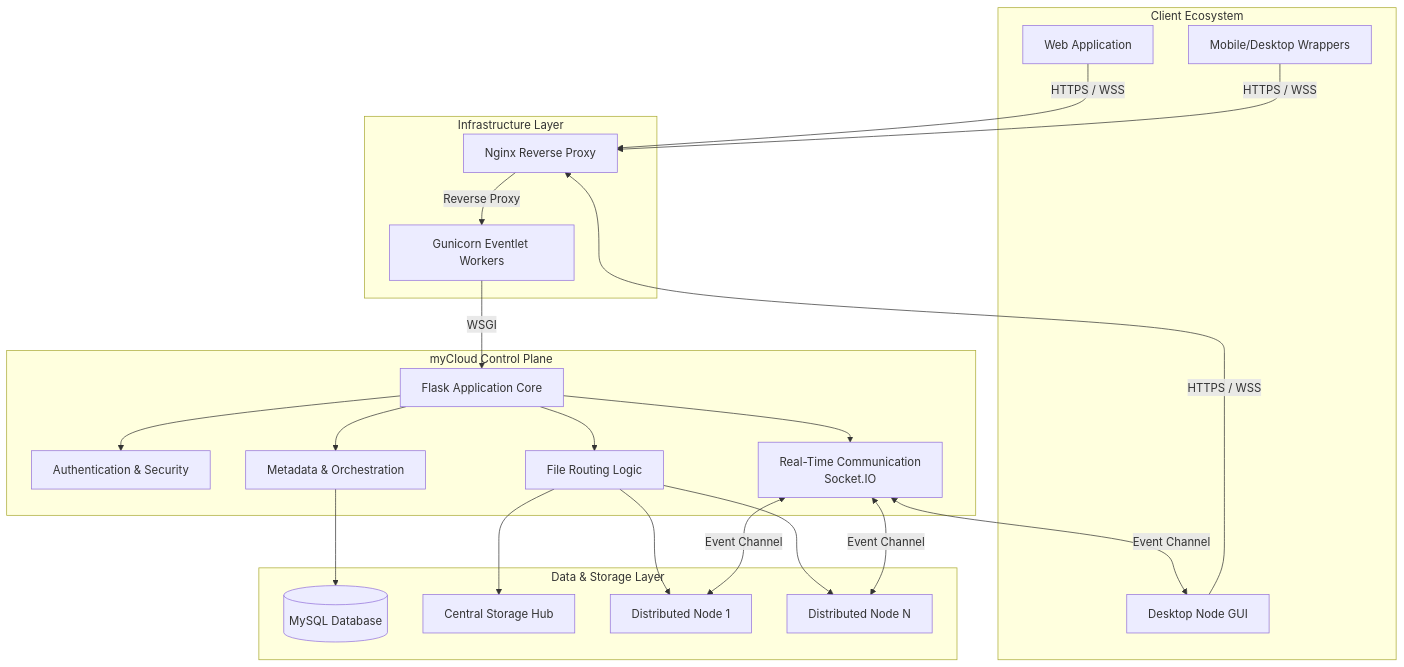
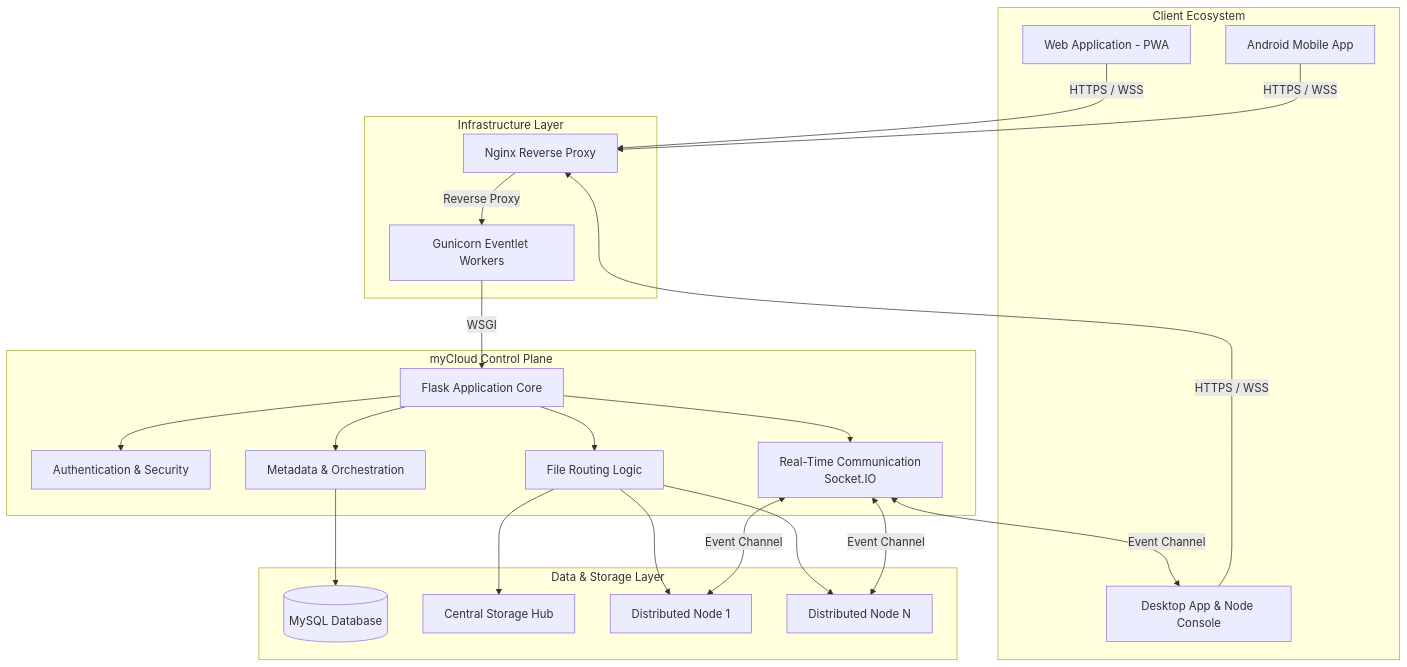
The diagram in README.md (rudy-07/myCloud-public), drawn with Mermaid before and after one commit. The commit also changed other lines of this file, not shown here.

Commit message:
docs: align ecosystem claims with desktop Electron/Node apps, Android APK, and PyPI tools

````diff
--- a/README.md
+++ b/README.md
@@ -73,49 +73,49 @@
 ```mermaid
 graph TD
     subgraph "Client Ecosystem"
-        W[Web Application]
-        D[Desktop Node GUI]
-        M[Mobile/Desktop Wrappers]
+        W[Web Application - PWA]
+        D[Desktop App & Node Console]
+        M[Android Mobile App]
     end
 
     subgraph "Infrastructure Layer"
         RP[Nginx Reverse Proxy]
         G[Gunicorn Eventlet Workers]
     end
 
     subgraph "myCloud Control Plane"
         C[Flask Application Core]
         Auth[Authentication & Security]
         Meta[Metadata & Orchestration]
         File[File Routing Logic]
         RT[Real-Time Communication<br/>Socket.IO]
     end
 
     subgraph "Data & Storage Layer"
         DB[(MySQL Database)]
         SN1[Central Storage Hub]
         SN2[Distributed Node 1]
         SNN[Distributed Node N]
     end
 
     W -->|HTTPS / WSS| RP
     D -->|HTTPS / WSS| RP
     M -->|HTTPS / WSS| RP
 
     RP -->|Reverse Proxy| G
     G -->|WSGI| C
     
     C --> Auth
     C --> Meta
     C --> File
     C --> RT
 
     Meta --> DB
     File --> SN1
     File --> SN2
     File --> SNN
 
     RT <-->|Event Channel| D
     RT <-->|Event Channel| SN2
     RT <-->|Event Channel| SNN
 ```
````
